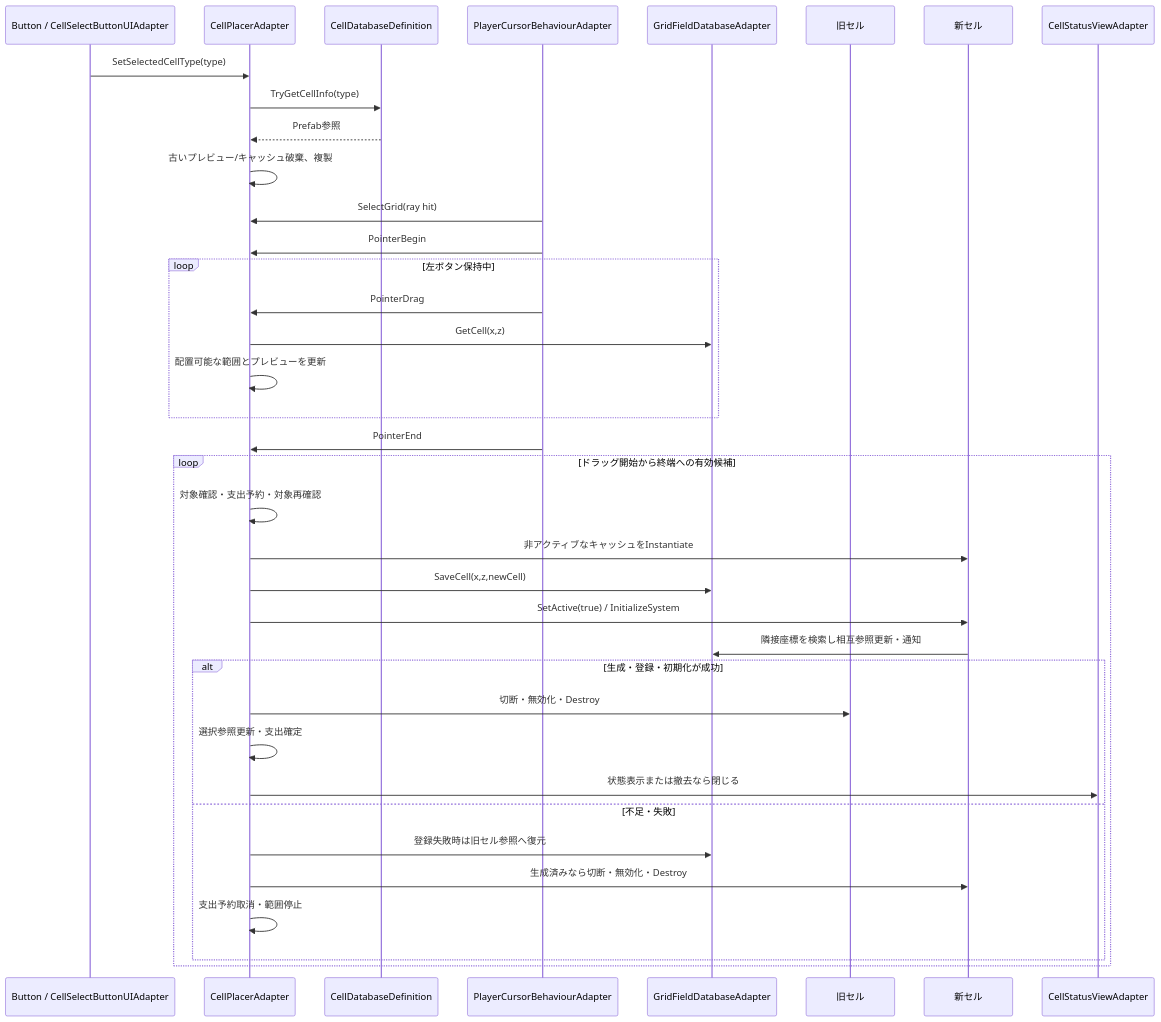
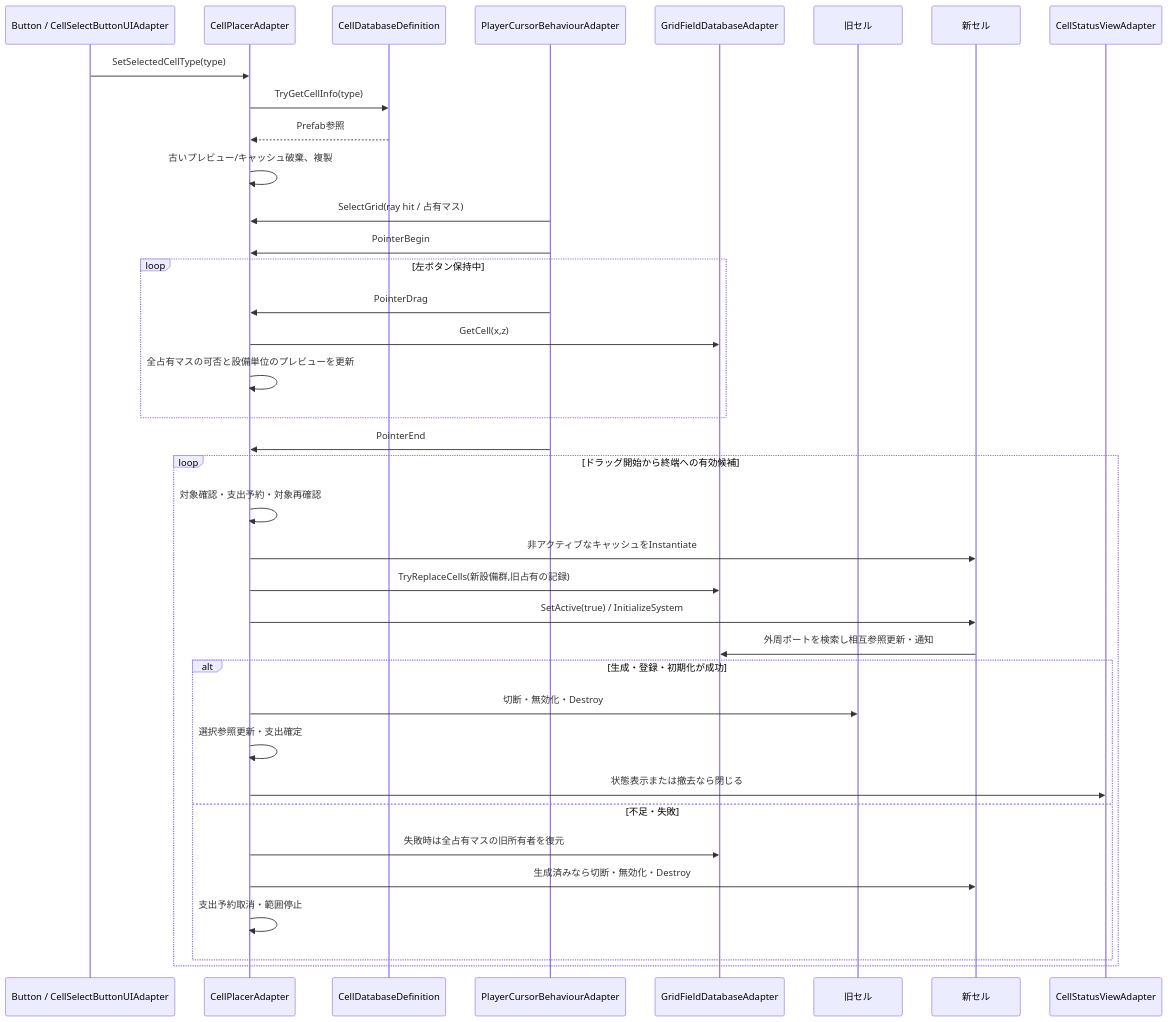
One commit to AoiTomiyama/FactoryGame changed the second of 5 diagrams in docs/design/architecture-sequences.md. Above: the diagram before and after it, drawn with Mermaid. The commit also changed other lines of this file and 12 other files, not shown here.

````diff
--- a/docs/design/architecture-sequences.md
+++ b/docs/design/architecture-sequences.md
@@ -43,39 +44,39 @@
 ```mermaid
 sequenceDiagram
  participant B as Button / CellSelectButtonUIAdapter
  participant P as CellPlacerAdapter
  participant D as CellDatabaseDefinition
  participant I as PlayerCursorBehaviourAdapter
  participant F as GridFieldDatabaseAdapter
  participant O as 旧セル
  participant N as 新セル
  participant V as CellStatusViewAdapter
  B->>P: SetSelectedCellType(type)
  P->>D: TryGetCellInfo(type)
  D-->>P: Prefab参照
  P->>P: 古いプレビュー/キャッシュ破棄、複製
- I->>P: SelectGrid(ray hit)
+ I->>P: SelectGrid(ray hit / 占有マス)
  I->>P: PointerBegin
  loop 左ボタン保持中
   I->>P: PointerDrag
   P->>F: GetCell(x,z)
-  P->>P: 配置可能な範囲とプレビューを更新
+  P->>P: 全占有マスの可否と設備単位のプレビューを更新
  end
  I->>P: PointerEnd
  loop ドラッグ開始から終端への有効候補
   P->>P: 対象確認・支出予約・対象再確認
   P->>N: 非アクティブなキャッシュをInstantiate
-  P->>F: SaveCell(x,z,newCell)
+  P->>F: TryReplaceCells(新設備群,旧占有の記録)
   P->>N: SetActive(true) / InitializeSystem
-  N->>F: 隣接座標を検索し相互参照更新・通知
+  N->>F: 外周ポートを検索し相互参照更新・通知
   alt 生成・登録・初期化が成功
    P->>O: 切断・無効化・Destroy
    P->>P: 選択参照更新・支出確定
    P->>V: 状態表示または撤去なら閉じる
   else 不足・失敗
-   P->>F: 登録失敗時は旧セル参照へ復元
+   P->>F: 失敗時は全占有マスの旧所有者を復元
    P->>N: 生成済みなら切断・無効化・Destroy
    P->>P: 支出予約取消・範囲停止
   end
  end
 ```
````
